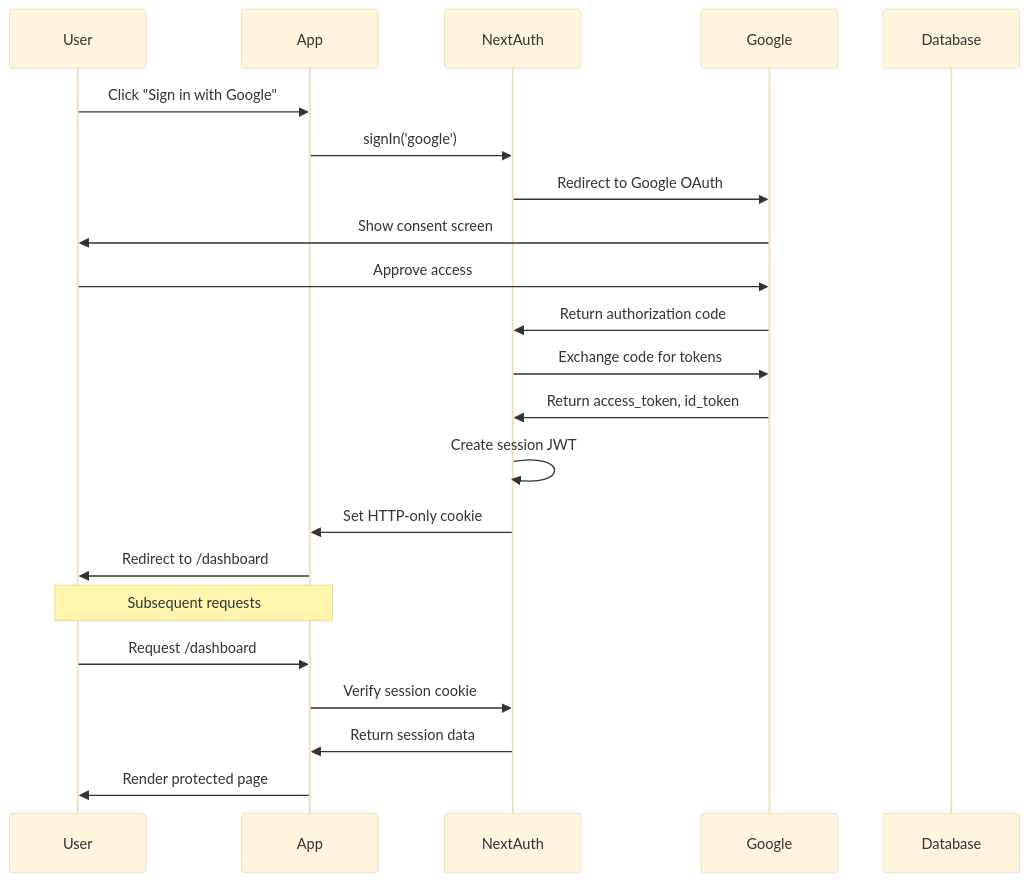
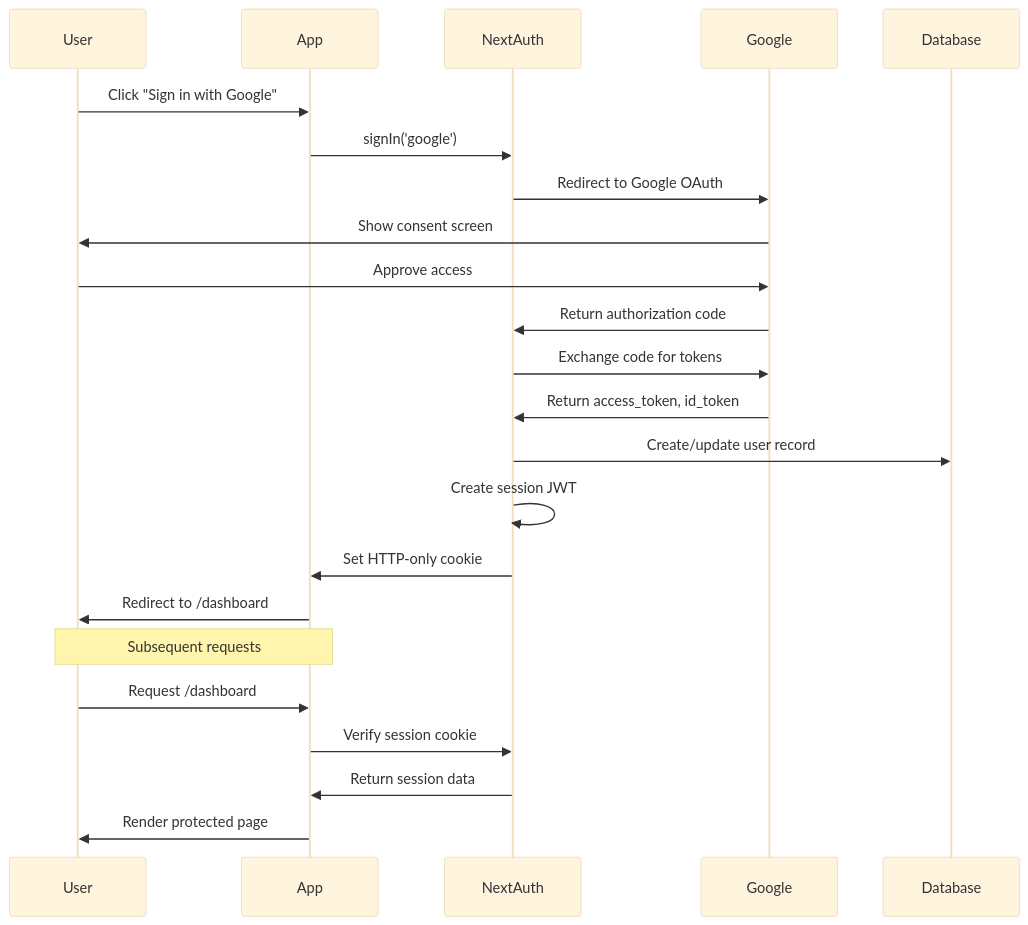
One commit to HousingIQ/housingiq-app changed the first of 5 diagrams in docs/04-authentication.md. Above: the diagram before and after it, drawn with Mermaid (base theme). The commit also changed other lines of this file and 13 other files, not shown here.

````diff
--- a/docs/04-authentication.md
+++ b/docs/04-authentication.md
@@ -9,26 +35,27 @@
 ```mermaid
 sequenceDiagram
     participant U as User
     participant A as App
     participant NA as NextAuth
     participant G as Google
     participant DB as Database
 
     U->>A: Click "Sign in with Google"
     A->>NA: signIn('google')
     NA->>G: Redirect to Google OAuth
     G->>U: Show consent screen
     U->>G: Approve access
     G->>NA: Return authorization code
     NA->>G: Exchange code for tokens
     G->>NA: Return access_token, id_token
+    NA->>DB: Create/update user record
     NA->>NA: Create session JWT
     NA->>A: Set HTTP-only cookie
     A->>U: Redirect to /dashboard
 
     Note over U,A: Subsequent requests
     U->>A: Request /dashboard
     A->>NA: Verify session cookie
     NA->>A: Return session data
     A->>U: Render protected page
 ```
````
